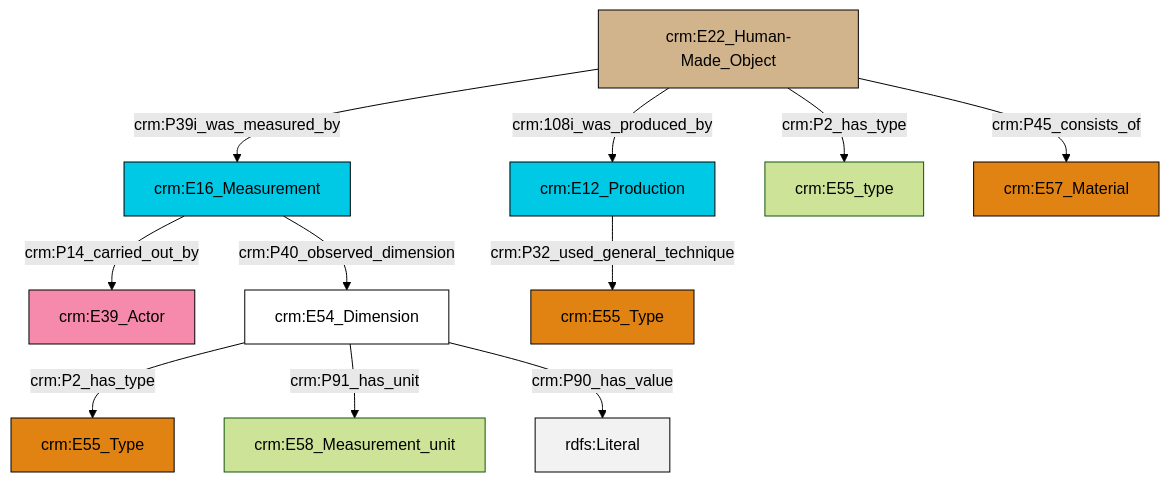
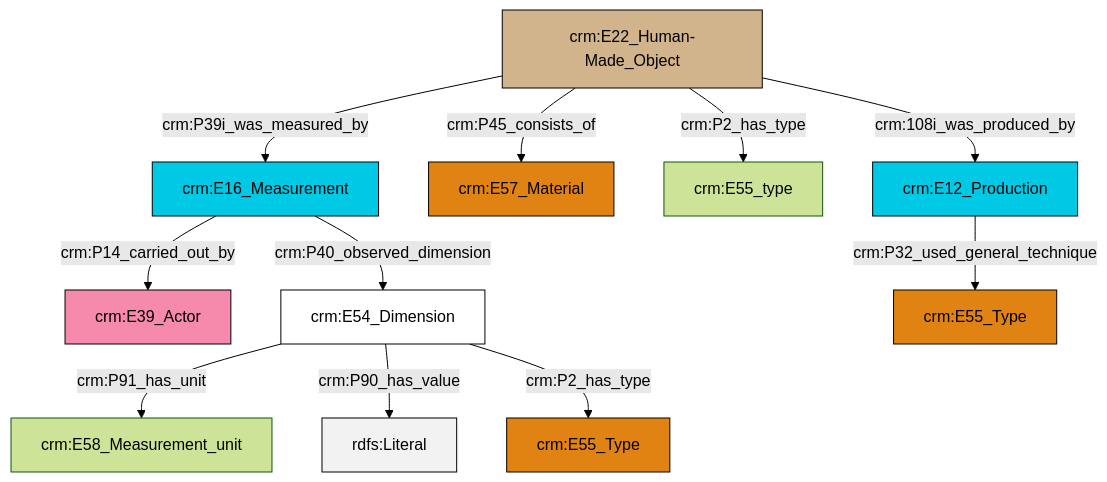
The diagram in et/artworkCSV/ttl/mmd/Artwork_substance.ttl.mmd (swiss-art-research-net/reference-data-models), drawn with Mermaid (forest theme) before and after one commit. The commit also changed 128 other files, not shown here.

```diff
--- a/et/artworkCSV/ttl/mmd/Artwork_substance.ttl.mmd
+++ b/et/artworkCSV/ttl/mmd/Artwork_substance.ttl.mmd
@@ -1,25 +1,25 @@
 graph TD
 classDef Literal fill:#f2f2f2,stroke:#000000;
 classDef CRM_Entity fill:#FFFFFF,stroke:#000000;
 classDef Temporal_Entity fill:#00C9E6, stroke:#000000;
 classDef Type fill:#E18312, stroke:#000000;
 classDef Time-Span fill:#2C9C91, stroke:#000000;
 classDef Appellation fill:#FFEB7F, stroke:#000000;
 classDef Place fill:#008836, stroke:#000000;
 classDef Persistent_Item fill:#B266B2, stroke:#000000;
 classDef Conceptual_Object fill:#FFD700, stroke:#000000;
 classDef Physical_Thing fill:#D2B48C, stroke:#000000;
 classDef Actor fill:#f58aad, stroke:#000000;
 classDef PC_Classes fill:#4ce600, stroke:#000000;
 classDef Multi fill:#cccccc,stroke:#000000;
 
-0["crm:E22_Human-Made_Object"]:::Physical_Thing -->|crm:P39i_was_measured_by| 2["crm:E16_Measurement"]:::Temporal_Entity
-2["crm:E16_Measurement"]:::Temporal_Entity -->|crm:P14_carried_out_by| 3["crm:E39_Actor"]:::Actor
+2["crm:E54_Dimension"]:::CRM_Entity -->|crm:P91_has_unit| 3["crm:E58_Measurement_unit"]:::Default
+6["crm:E12_Production"]:::Temporal_Entity -->|crm:P32_used_general_technique| 13["crm:E55_Type"]:::Type
+4["crm:E16_Measurement"]:::Temporal_Entity -->|crm:P14_carried_out_by| 14["crm:E39_Actor"]:::Actor
+0["crm:E22_Human-Made_Object"]:::Physical_Thing -->|crm:P39i_was_measured_by| 4["crm:E16_Measurement"]:::Temporal_Entity
+2["crm:E54_Dimension"]:::CRM_Entity -->|crm:P90_has_value| 18[rdfs:Literal]:::Literal
+0["crm:E22_Human-Made_Object"]:::Physical_Thing -->|crm:P45_consists_of| 8["crm:E57_Material"]:::Type
+0["crm:E22_Human-Made_Object"]:::Physical_Thing -->|crm:P2_has_type| 16["crm:E55_type"]:::Default
 0["crm:E22_Human-Made_Object"]:::Physical_Thing -->|crm:108i_was_produced_by| 6["crm:E12_Production"]:::Temporal_Entity
-0["crm:E22_Human-Made_Object"]:::Physical_Thing -->|crm:P2_has_type| 7["crm:E55_type"]:::Default
-8["crm:E54_Dimension"]:::CRM_Entity -->|crm:P2_has_type| 4["crm:E55_Type"]:::Type
-2["crm:E16_Measurement"]:::Temporal_Entity -->|crm:P40_observed_dimension| 8["crm:E54_Dimension"]:::CRM_Entity
-8["crm:E54_Dimension"]:::CRM_Entity -->|crm:P91_has_unit| 12["crm:E58_Measurement_unit"]:::Default
-8["crm:E54_Dimension"]:::CRM_Entity -->|crm:P90_has_value| 13[rdfs:Literal]:::Literal
-6["crm:E12_Production"]:::Temporal_Entity -->|crm:P32_used_general_technique| 15["crm:E55_Type"]:::Type
-0["crm:E22_Human-Made_Object"]:::Physical_Thing -->|crm:P45_consists_of| 17["crm:E57_Material"]:::Type
+4["crm:E16_Measurement"]:::Temporal_Entity -->|crm:P40_observed_dimension| 2["crm:E54_Dimension"]:::CRM_Entity
+2["crm:E54_Dimension"]:::CRM_Entity -->|crm:P2_has_type| 10["crm:E55_Type"]:::Type
```
